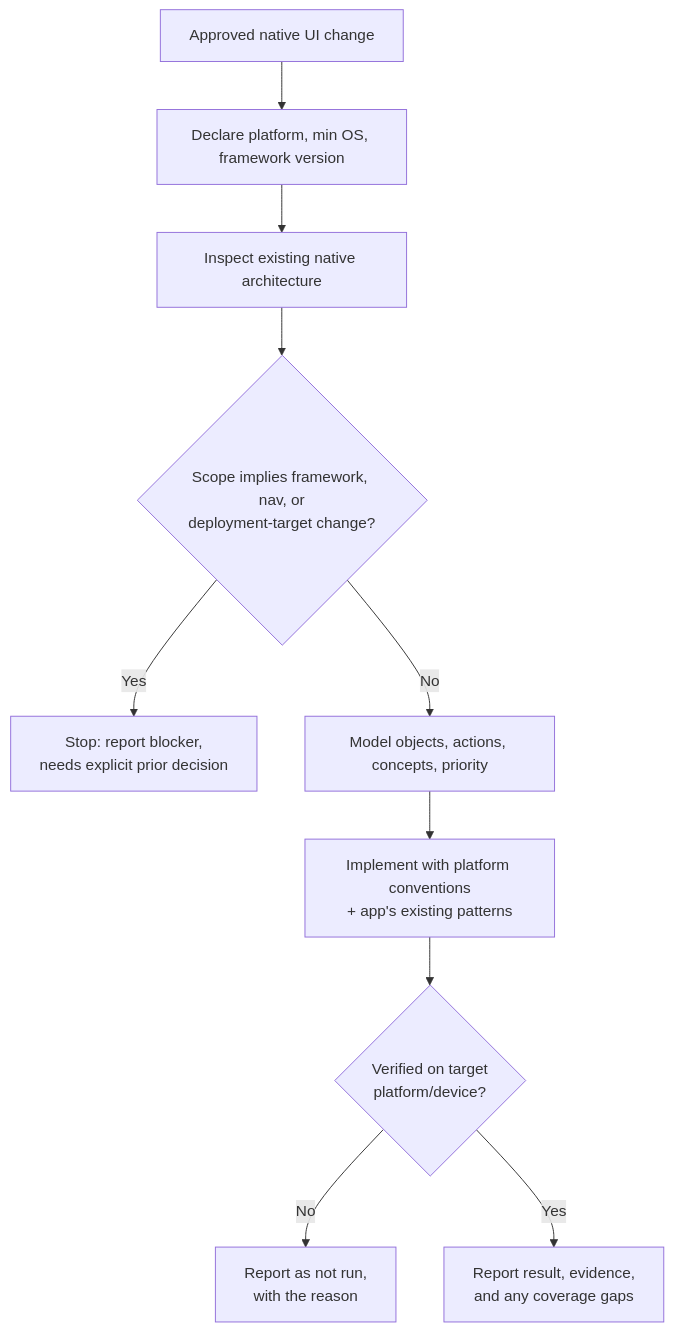
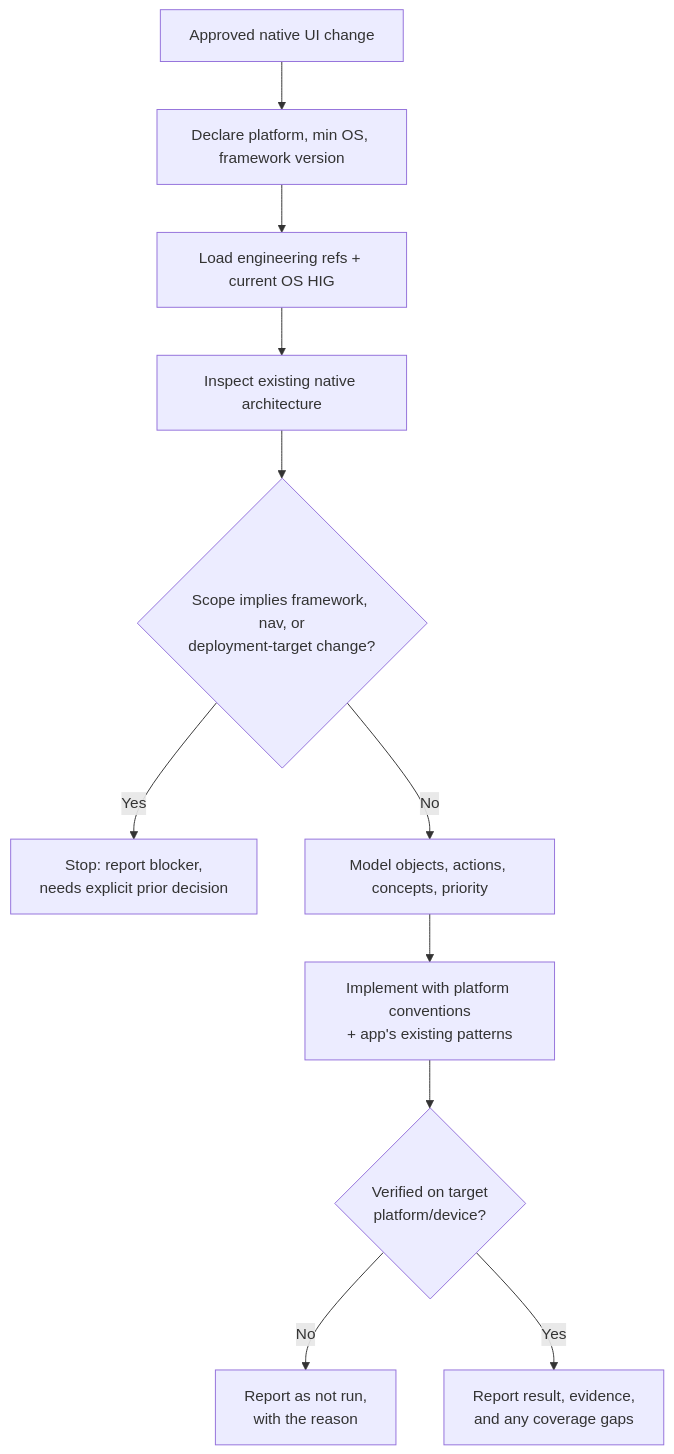
One commit to onehorizonai/directory changed the diagram in skills/build-native-ui/SKILL.md. Above: the diagram before and after it, drawn with Mermaid. The commit also changed other lines of this file and 99 other files, not shown here.

````diff
--- a/skills/build-native-ui/SKILL.md
+++ b/skills/build-native-ui/SKILL.md
@@ -130,12 +156,13 @@
 ```mermaid
 flowchart TD
   Start[Approved native UI change] --> Declare[Declare platform, min OS, framework version]
-  Declare --> Inspect[Inspect existing native architecture]
+  Declare --> LoadRefs[Load engineering refs + current OS HIG]
+  LoadRefs --> Inspect[Inspect existing native architecture]
   Inspect --> Scope{Scope implies framework, nav, or<br/>deployment-target change?}
   Scope -- Yes --> StopA[Stop: report blocker,<br/>needs explicit prior decision]
   Scope -- No --> Model[Model objects, actions, concepts, priority]
   Model --> Implement[Implement with platform conventions<br/>+ app's existing patterns]
   Implement --> Verify{Verified on target<br/>platform/device?}
   Verify -- No --> StopB[Report as not run,<br/>with the reason]
   Verify -- Yes --> Done[Report result, evidence,<br/>and any coverage gaps]
 ```
````
